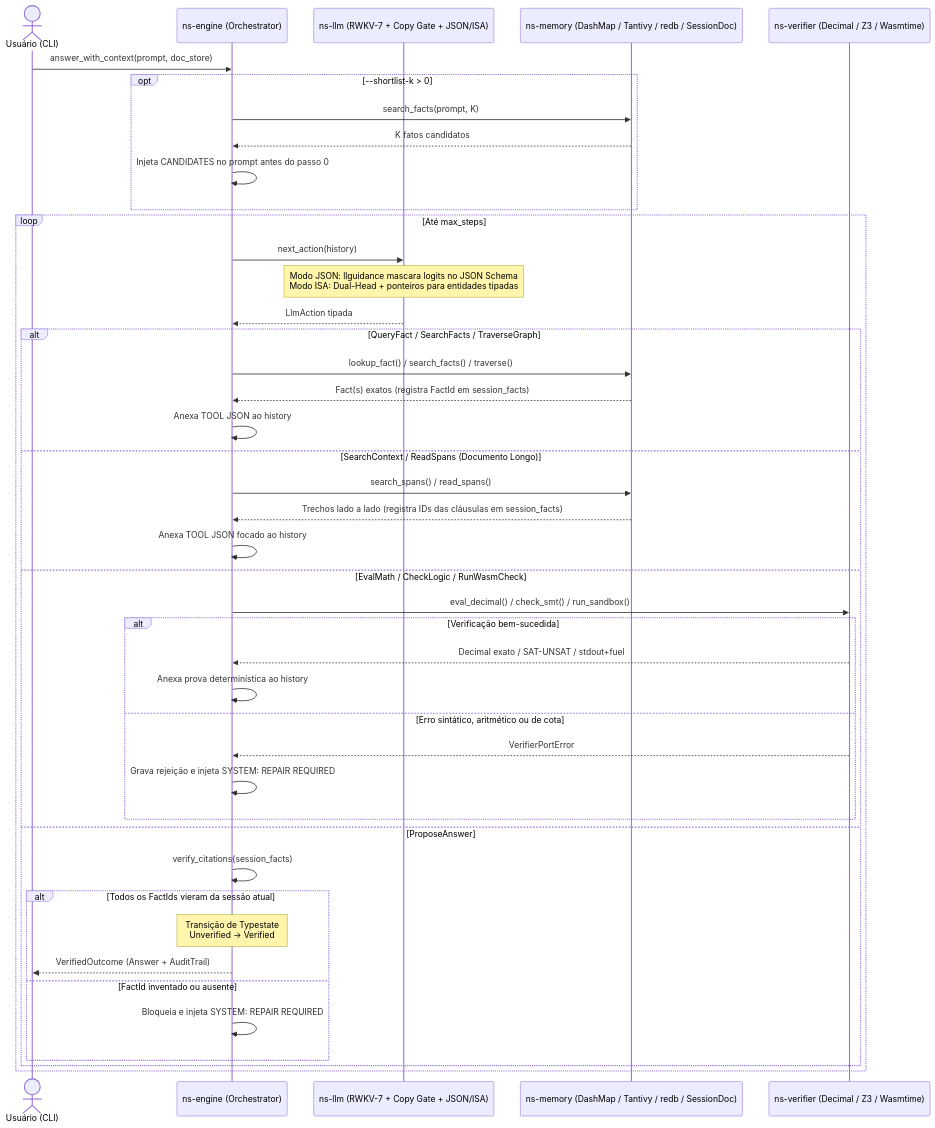
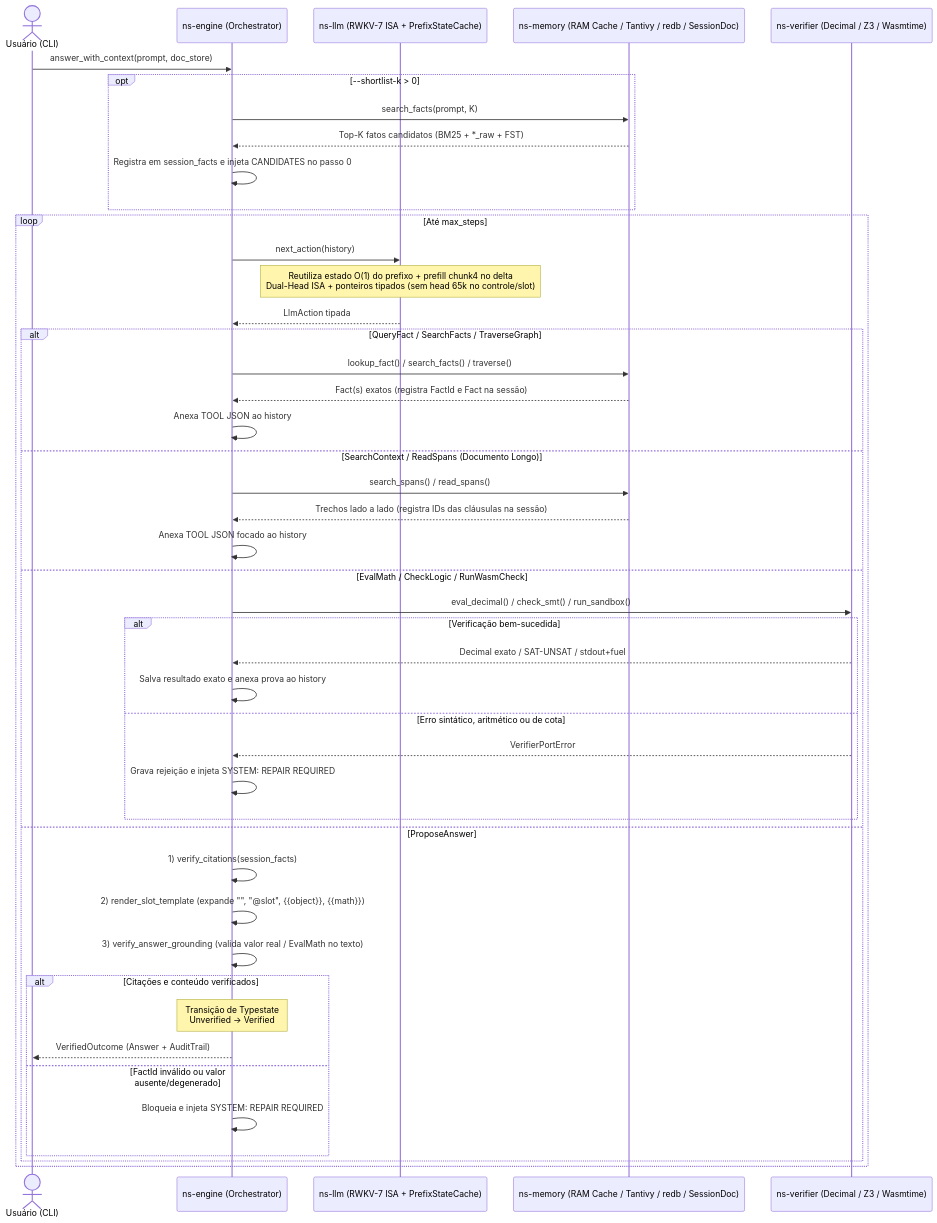
The second of 5 diagrams in README.md (GenildoNogueira/neural-sym), drawn with Mermaid before and after one commit. The commit also changed other lines of this file and 1 other file, not shown here.

First line of the commit message:
docs(readme): atualizar arquitetura e guia de uso para a stack atual

````diff
--- a/README.md
+++ b/README.md
@@ -78,49 +80,51 @@
 ```mermaid
 sequenceDiagram
     actor User as Usuário (CLI)
     participant Orch as ns-engine (Orchestrator)
-    participant LLM as ns-llm (RWKV-7 + Copy Gate + JSON/ISA)
-    participant Mem as ns-memory (DashMap / Tantivy / redb / SessionDoc)
+    participant LLM as ns-llm (RWKV-7 ISA + PrefixStateCache)
+    participant Mem as ns-memory (RAM Cache / Tantivy / redb / SessionDoc)
     participant Ver as ns-verifier (Decimal / Z3 / Wasmtime)
 
     User->>Orch: answer_with_context(prompt, doc_store)
 
     opt --shortlist-k > 0
         Orch->>Mem: search_facts(prompt, K)
-        Mem-->>Orch: K fatos candidatos
-        Orch->>Orch: Injeta CANDIDATES no prompt antes do passo 0
+        Mem-->>Orch: Top-K fatos candidatos (BM25 + *_raw + FST)
+        Orch->>Orch: Registra em session_facts e injeta CANDIDATES no passo 0
     end
 
     loop Até max_steps
         Orch->>LLM: next_action(history)
-        Note over LLM: Modo JSON: llguidance mascara logits no JSON Schema<br/>Modo ISA: Dual-Head + ponteiros para entidades tipadas
+        Note over LLM: Reutiliza estado O(1) do prefixo + prefill chunk4 no delta<br/>Dual-Head ISA + ponteiros tipados (sem head 65k no controle/slot)
         LLM-->>Orch: LlmAction tipada
 
         alt QueryFact / SearchFacts / TraverseGraph
             Orch->>Mem: lookup_fact() / search_facts() / traverse()
-            Mem-->>Orch: Fact(s) exatos (registra FactId em session_facts)
+            Mem-->>Orch: Fact(s) exatos (registra FactId e Fact na sessão)
             Orch->>Orch: Anexa TOOL JSON ao history
         else SearchContext / ReadSpans (Documento Longo)
             Orch->>Mem: search_spans() / read_spans()
-            Mem-->>Orch: Trechos lado a lado (registra IDs das cláusulas em session_facts)
+            Mem-->>Orch: Trechos lado a lado (registra IDs das cláusulas na sessão)
             Orch->>Orch: Anexa TOOL JSON focado ao history
         else EvalMath / CheckLogic / RunWasmCheck
             Orch->>Ver: eval_decimal() / check_smt() / run_sandbox()
             alt Verificação bem-sucedida
                 Ver-->>Orch: Decimal exato / SAT-UNSAT / stdout+fuel
-                Orch->>Orch: Anexa prova determinística ao history
+                Orch->>Orch: Salva resultado exato e anexa prova ao history
             else Erro sintático, aritmético ou de cota
                 Ver-->>Orch: VerifierPortError
                 Orch->>Orch: Grava rejeição e injeta SYSTEM: REPAIR REQUIRED
             end
         else ProposeAnswer
-            Orch->>Orch: verify_citations(session_facts)
-            alt Todos os FactIds vieram da sessão atual
+            Orch->>Orch: 1) verify_citations(session_facts)
+            Orch->>Orch: 2) render_slot_template (expande "", "@slot", {{object}}, {{math}})
+            Orch->>Orch: 3) verify_answer_grounding (valida valor real / EvalMath no texto)
+            alt Citações e conteúdo verificados
                 Note over Orch: Transição de Typestate<br/>Unverified -> Verified
                 Orch-->>User: VerifiedOutcome (Answer + AuditTrail)
-            else FactId inventado ou ausente
+            else FactId inválido ou valor ausente/degenerado
                 Orch->>Orch: Bloqueia e injeta SYSTEM: REPAIR REQUIRED
             end
         end
     end
 ```
````
